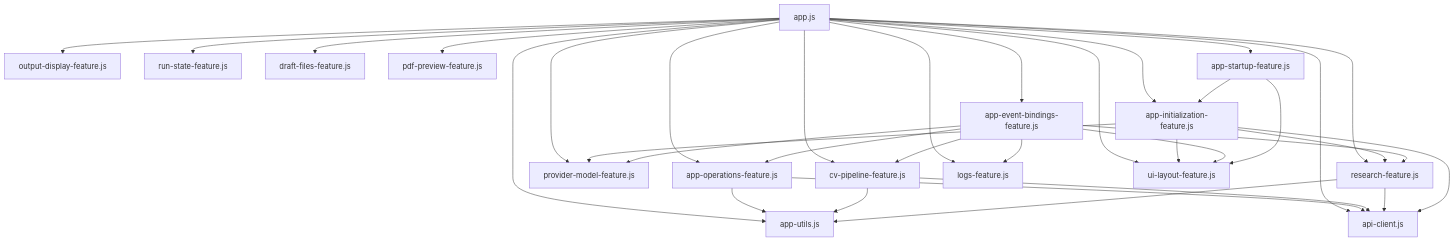
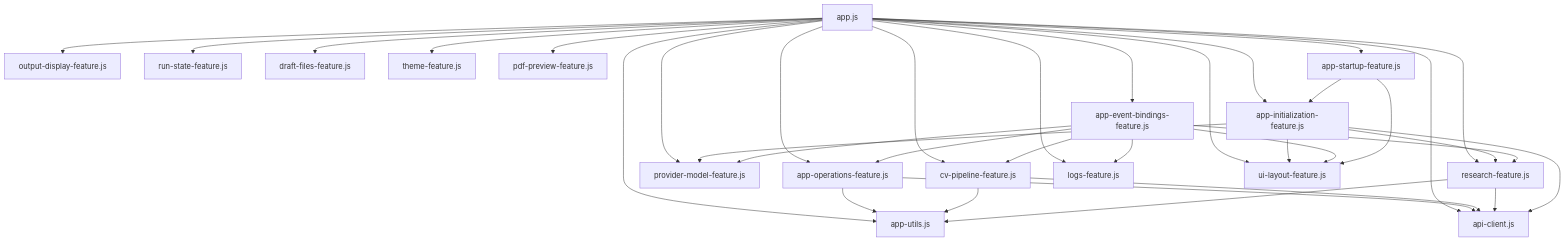
One commit to robinmacharg/resumator changed the first of 2 diagrams in cv_web/static/ARCHITECTURE.md. Above: the diagram before and after it, drawn with Mermaid. The commit also changed other lines of this file and 28 other files, not shown here.

First line of the commit message:
feature: PDF theme picker, ragged-right summary as one paragraph

````diff
--- a/cv_web/static/ARCHITECTURE.md
+++ b/cv_web/static/ARCHITECTURE.md
@@ -13,45 +13,46 @@
 ```mermaid
 flowchart TD
     App[app.js]
 
     App --> ApiClient[api-client.js]
     App --> Utils[app-utils.js]
 
     App --> Output[output-display-feature.js]
     App --> RunState[run-state-feature.js]
     App --> Draft[draft-files-feature.js]
     App --> Operations[app-operations-feature.js]
     App --> ProviderModel[provider-model-feature.js]
+    App --> Theme[theme-feature.js]
     App --> Research[research-feature.js]
     App --> CVPipeline[cv-pipeline-feature.js]
     App --> Logs[logs-feature.js]
     App --> Preview[pdf-preview-feature.js]
     App --> Layout[ui-layout-feature.js]
     App --> Init[app-initialization-feature.js]
     App --> Bindings[app-event-bindings-feature.js]
     App --> Startup[app-startup-feature.js]
 
     Operations --> ApiClient
     Operations --> Utils
 
     CVPipeline --> Utils
     CVPipeline --> ApiClient
 
     Research --> Utils
     Research --> ApiClient
 
     Init --> ApiClient
     Init --> Layout
     Init --> ProviderModel
     Init --> Research
 
     Bindings --> CVPipeline
     Bindings --> Operations
     Bindings --> Research
     Bindings --> Logs
     Bindings --> Layout
     Bindings --> ProviderModel
 
     Startup --> Init
     Startup --> Layout
 ```
````
